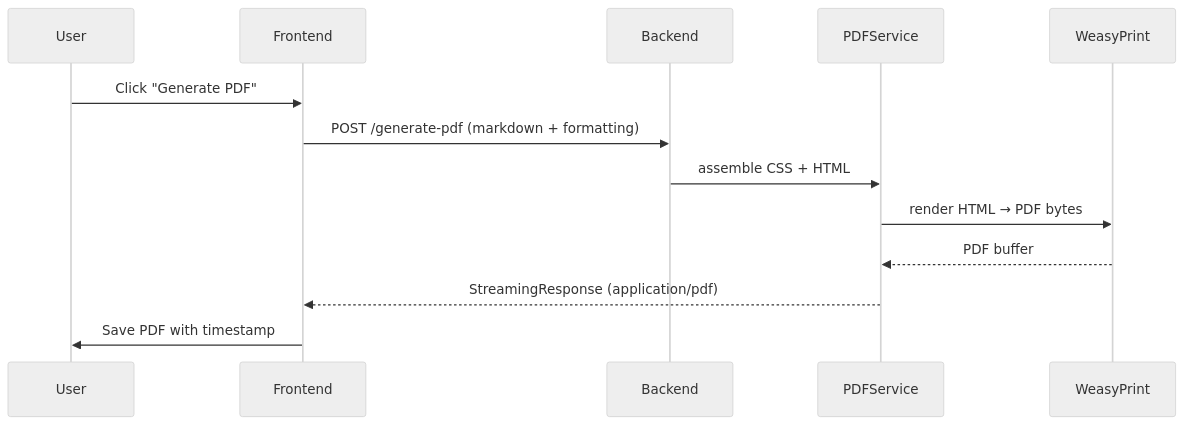
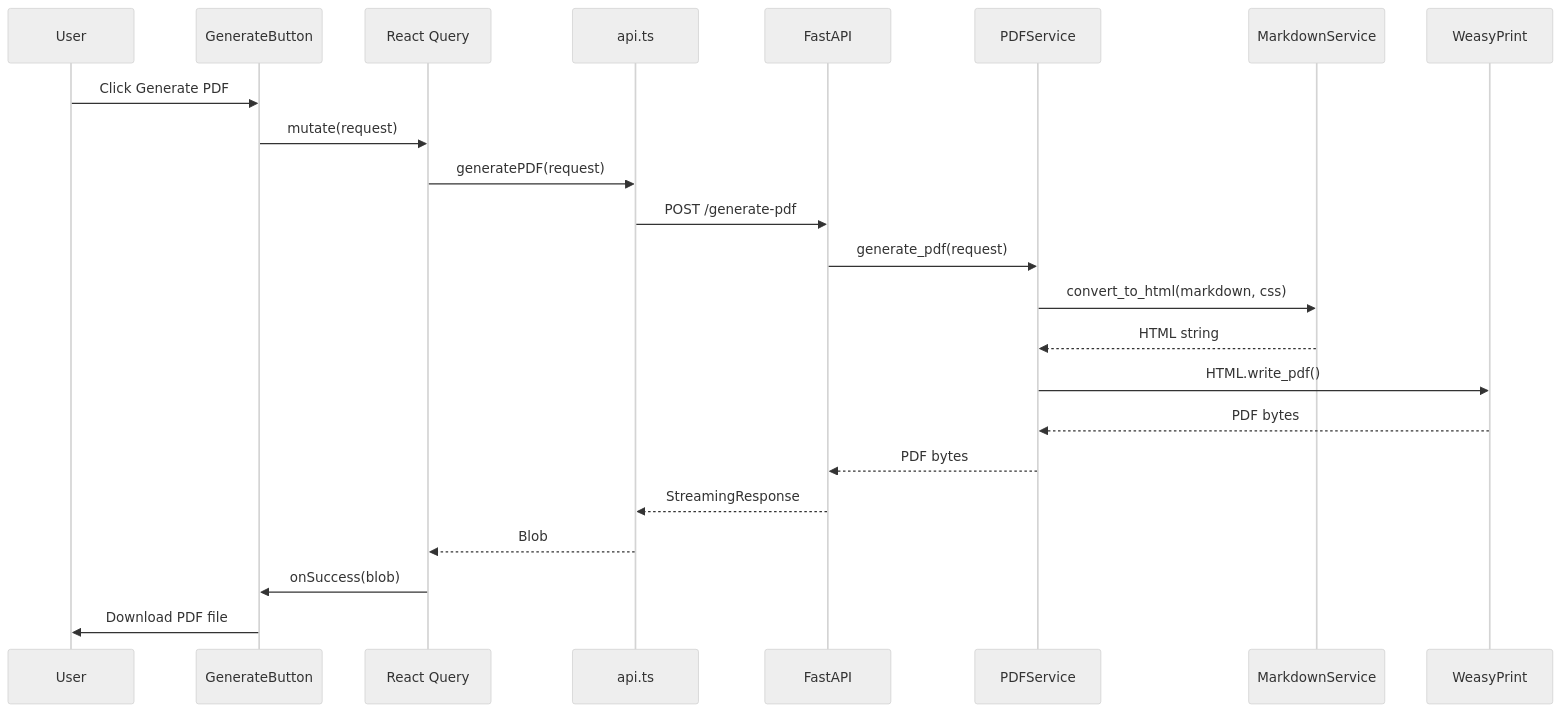
The fifth of 6 diagrams in docs/architecture.md (astral-matrix/markdown-to-pdf), drawn with Mermaid (neutral theme) before and after one commit. The commit also changed other lines of this file and 23 other files, not shown here.

First line of the commit message:
Architecture and Spec Regenerated

````diff
--- a/docs/architecture.md
+++ b/docs/architecture.md
@@ -129,16 +200,26 @@
 ```mermaid
 sequenceDiagram
-  participant User
-  participant Frontend
-  participant Backend
-  participant PDFService
-  participant WeasyPrint
+    participant User
+    participant Button as GenerateButton
+    participant Query as React Query
+    participant API as api.ts
+    participant Backend as FastAPI
+    participant PDF as PDFService
+    participant MD as MarkdownService
+    participant WP as WeasyPrint
 
-  User->>Frontend: Click "Generate PDF"
-  Frontend->>Backend: POST /generate-pdf (markdown + formatting)
-  Backend->>PDFService: assemble CSS + HTML
-  PDFService->>WeasyPrint: render HTML → PDF bytes
-  WeasyPrint-->>PDFService: PDF buffer
-  PDFService-->>Frontend: StreamingResponse (application/pdf)
-  Frontend->>User: Save PDF with timestamp
+    User->>Button: Click Generate PDF
+    Button->>Query: mutate(request)
+    Query->>API: generatePDF(request)
+    API->>Backend: POST /generate-pdf
+    Backend->>PDF: generate_pdf(request)
+    PDF->>MD: convert_to_html(markdown, css)
+    MD-->>PDF: HTML string
+    PDF->>WP: HTML.write_pdf()
+    WP-->>PDF: PDF bytes
+    PDF-->>Backend: PDF bytes
+    Backend-->>API: StreamingResponse
+    API-->>Query: Blob
+    Query->>Button: onSuccess(blob)
+    Button->>User: Download PDF file
 ```
````
